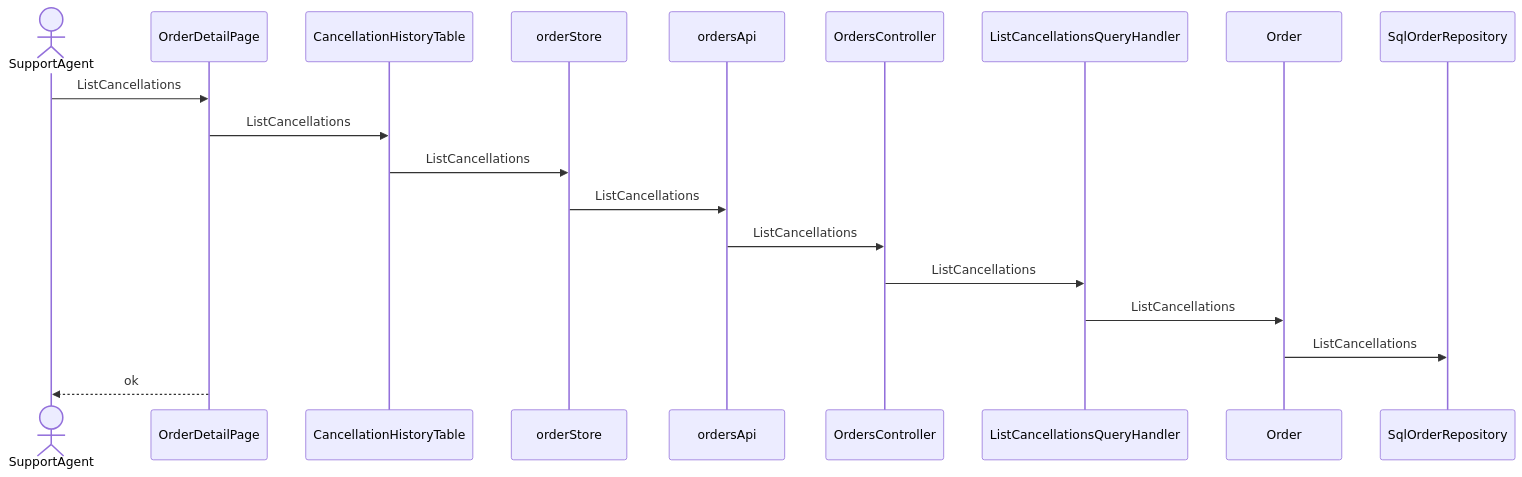
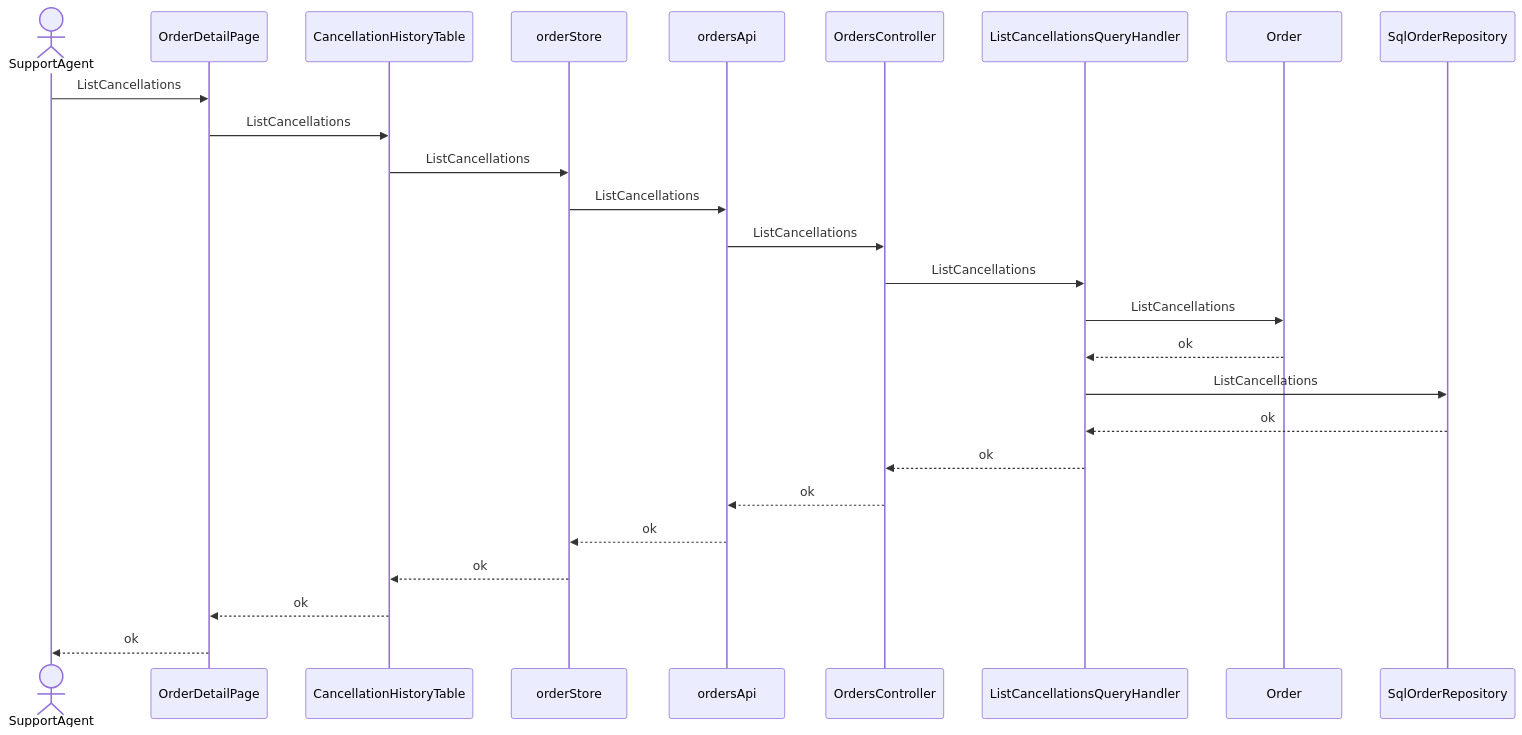
Before and after one commit to pin0513/AITools: the sixth of 6 diagrams in skills/spec-dev-process/examples/matrix/fs-balance-zh-s1/specs/rd/order-cancel/spec/30-architecture-c4.md, drawn with Mermaid. The commit also changed other lines of this file and 257 other files, not shown here.

````diff
--- a/skills/spec-dev-process/examples/matrix/fs-balance-zh-s1/specs/rd/order-cancel/spec/30-architecture-c4.md
+++ b/skills/spec-dev-process/examples/matrix/fs-balance-zh-s1/specs/rd/order-cancel/spec/30-architecture-c4.md
@@ -166,21 +180,28 @@
 ```mermaid
 sequenceDiagram
   actor U as SupportAgent
   participant CMP001 as OrderDetailPage
   participant CMP003 as CancellationHistoryTable
   participant CMP004 as orderStore
   participant CMP005 as ordersApi
   participant CMP006 as OrdersController
   participant CMP009 as ListCancellationsQueryHandler
   participant CMP010 as Order
   participant CMP011 as SqlOrderRepository
   U->>CMP001: ListCancellations
   CMP001->>CMP003: ListCancellations
   CMP003->>CMP004: ListCancellations
   CMP004->>CMP005: ListCancellations
   CMP005->>CMP006: ListCancellations
   CMP006->>CMP009: ListCancellations
   CMP009->>CMP010: ListCancellations
-  CMP010->>CMP011: ListCancellations
+  CMP010-->>CMP009: ok
+  CMP009->>CMP011: ListCancellations
+  CMP011-->>CMP009: ok
+  CMP009-->>CMP006: ok
+  CMP006-->>CMP005: ok
+  CMP005-->>CMP004: ok
+  CMP004-->>CMP003: ok
+  CMP003-->>CMP001: ok
   CMP001-->>U: ok
 ```
````
